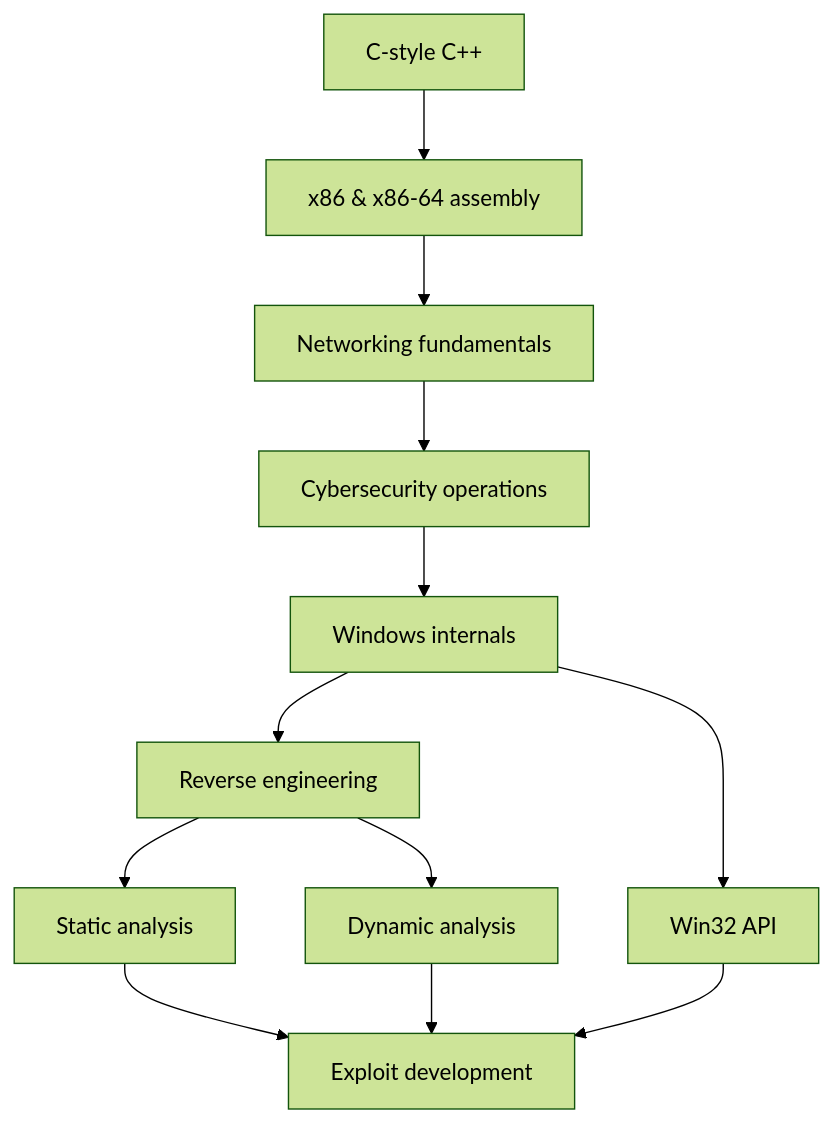
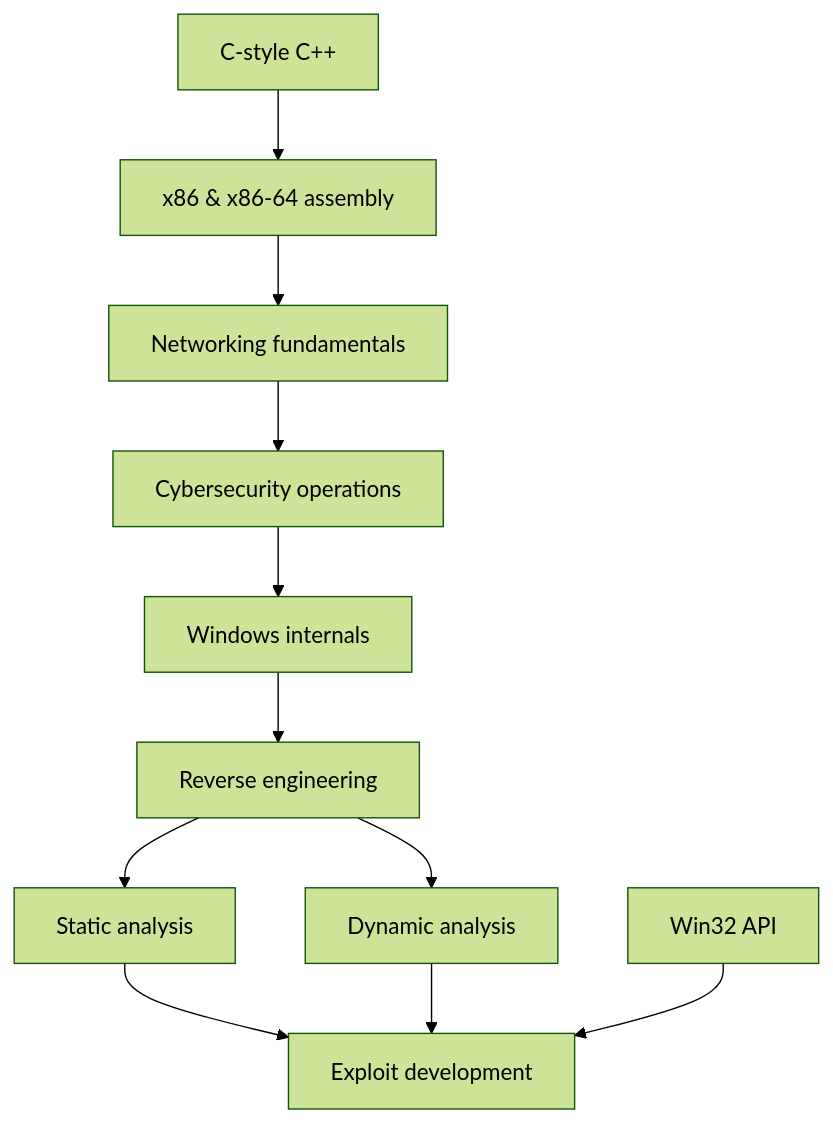
The diagram in readme.md (grimy86/CCI25), drawn with Mermaid (forest theme) before and after one commit.

````diff
--- a/readme.md
+++ b/readme.md
@@ -17,14 +17,13 @@
 ```mermaid
 graph TD;
 	cpp[C-style C++] --> x86-64[x86 & x86-64 assembly]
 	x86-64 --> nf[Networking fundamentals]
     nf --> csec[Cybersecurity operations]
 	csec --> winint[Windows internals]
 	winint --> re[Reverse engineering]
-	winint --> api[Win32 API]
 	re --> sa[Static analysis]
 	re --> da[Dynamic analysis]
 	sa --> ed[Exploit development]
 	da --> ed
-	api --> ed
+	api[Win32 API] --> ed
 ```
````
